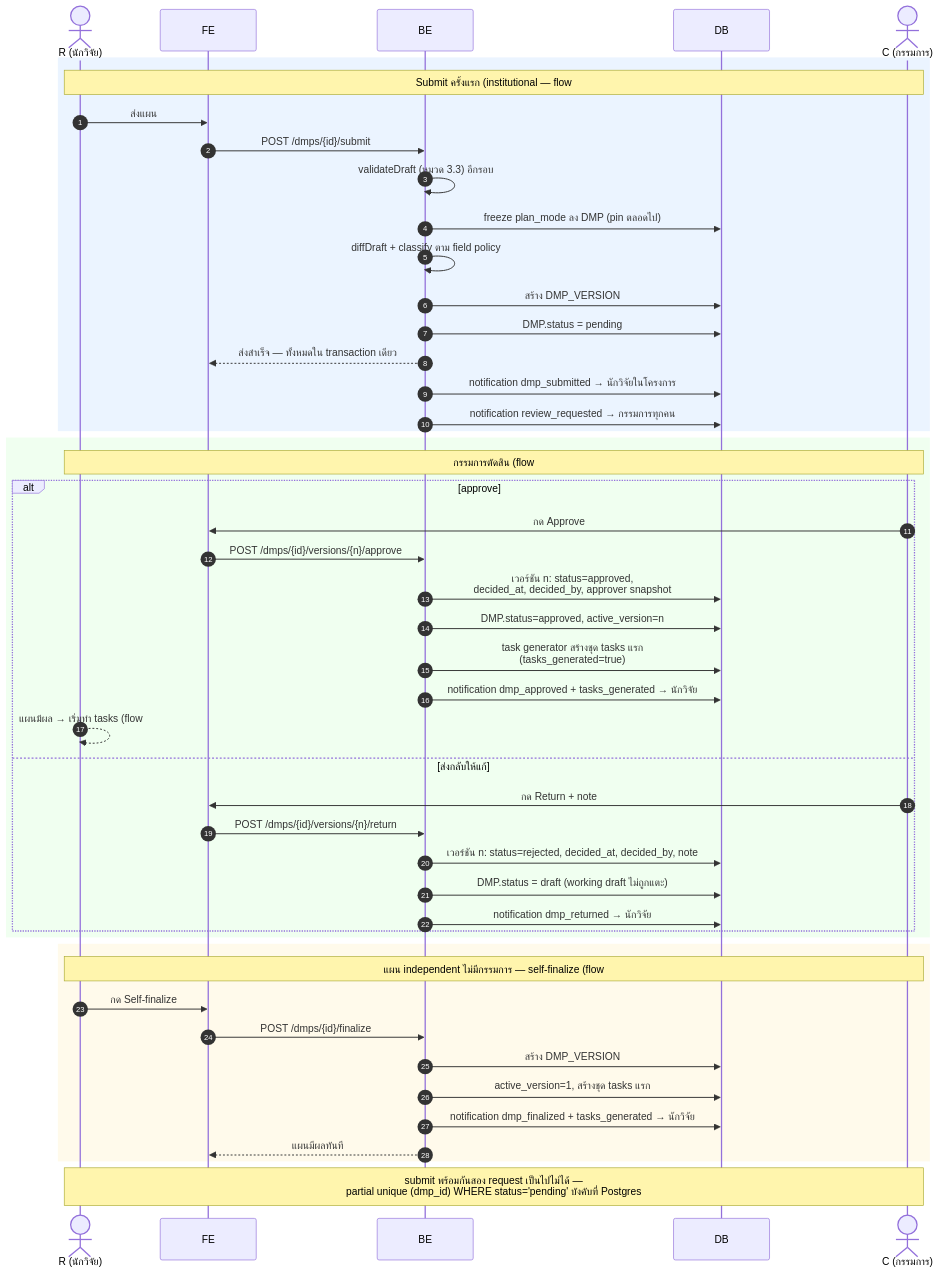
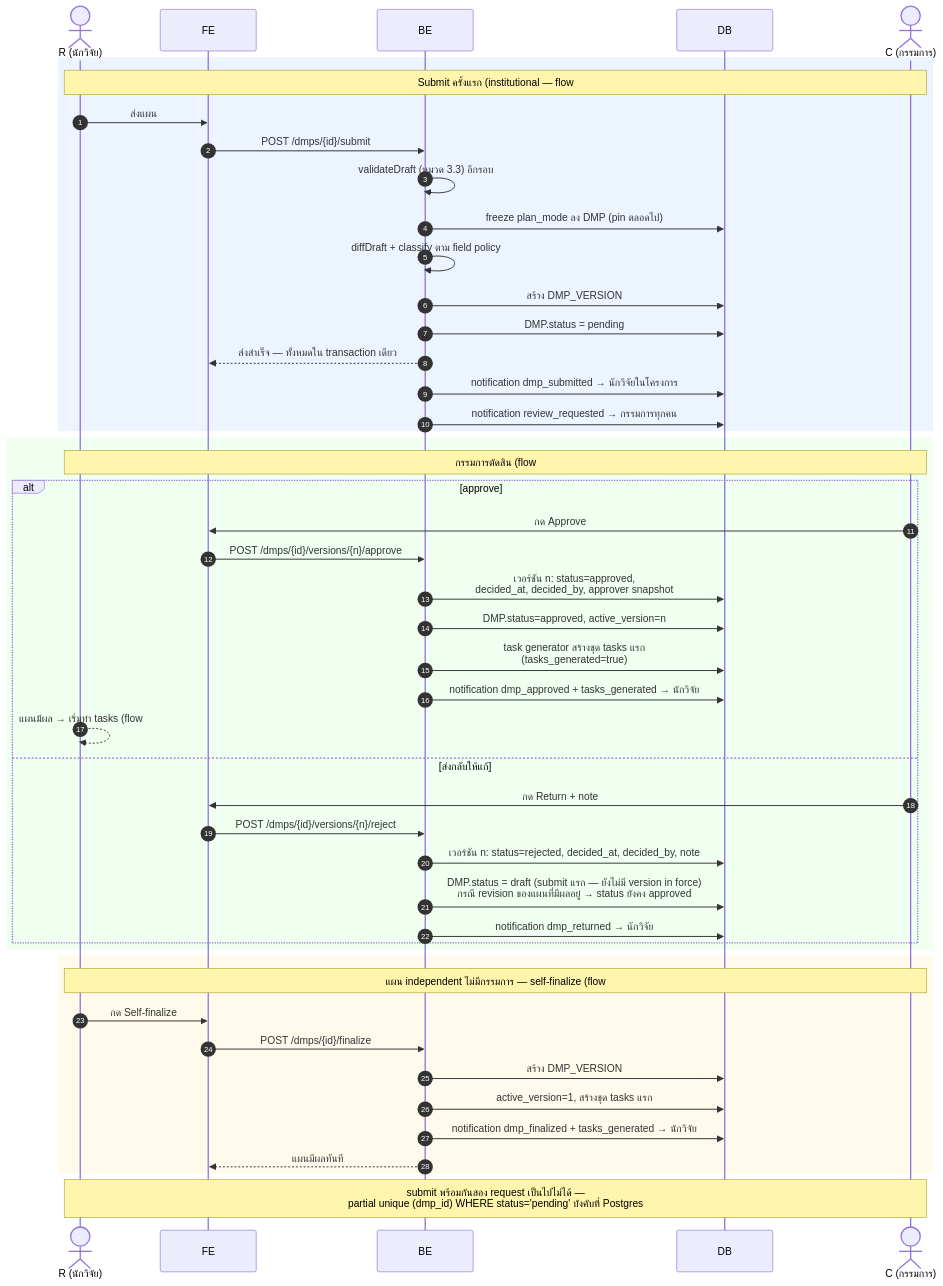
Before and after one commit to Open-Science-and-Data-management/Backend: the first of 4 diagrams in docs/architecture/arc42.md, drawn with Mermaid. The commit also changed other lines of this file and 26 other files, not shown here.

````diff
--- a/docs/architecture/arc42.md
+++ b/docs/architecture/arc42.md
@@ -351,54 +354,54 @@
 ```mermaid
 sequenceDiagram
     autonumber
     actor R as R (นักวิจัย)
     participant FE as FE
     participant BE as BE
     participant DB as DB
     actor C as C (กรรมการ)
 
     rect rgb(235, 244, 255)
     Note over R,C: Submit ครั้งแรก (institutional — flow #5)
     R->>FE: ส่งแผน
     FE->>BE: POST /dmps/{id}/submit
     BE->>BE: validateDraft (หมวด 3.3) อีกรอบ
     BE->>DB: freeze plan_mode ลง DMP (pin ตลอดไป)
     BE->>BE: diffDraft + classify ตาม field policy
     BE->>DB: สร้าง DMP_VERSION #1 (pending,<br/>snapshot ณ ตอน submit, ไม่มี based_on)
     BE->>DB: DMP.status = pending
     BE-->>FE: ส่งสำเร็จ — ทั้งหมดใน transaction เดียว
     BE->>DB: notification dmp_submitted → นักวิจัยในโครงการ
     BE->>DB: notification review_requested → กรรมการทุกคน
     end
 
     rect rgb(240, 255, 240)
     Note over R,C: กรรมการตัดสิน (flow #6) — ใครก็ได้คนเดียวพอ
     alt approve
         C->>FE: กด Approve
         FE->>BE: POST /dmps/{id}/versions/{n}/approve
         BE->>DB: เวอร์ชัน n: status=approved,<br/>decided_at, decided_by, approver snapshot
         BE->>DB: DMP.status=approved, active_version=n
         BE->>DB: task generator สร้างชุด tasks แรก<br/>(tasks_generated=true)
         BE->>DB: notification dmp_approved + tasks_generated → นักวิจัย
         R-->>R: แผนมีผล → เริ่มทำ tasks (flow #12)
     else ส่งกลับให้แก้
         C->>FE: กด Return + note
-        FE->>BE: POST /dmps/{id}/versions/{n}/return
+        FE->>BE: POST /dmps/{id}/versions/{n}/reject
         BE->>DB: เวอร์ชัน n: status=rejected, decided_at, decided_by, note
-        BE->>DB: DMP.status = draft (working draft ไม่ถูกแตะ)
+        BE->>DB: DMP.status = draft (submit แรก — ยังไม่มี version in force)<br/>กรณี revision ของแผนที่มีผลอยู่ → status ยังคง approved
         BE->>DB: notification dmp_returned → นักวิจัย
     end
     end
 
     rect rgb(255, 250, 235)
     Note over R,C: แผน independent ไม่มีกรรมการ — self-finalize (flow #7)
     R->>FE: กด Self-finalize
     FE->>BE: POST /dmps/{id}/finalize
     BE->>DB: สร้าง DMP_VERSION #1 (approved ทันที, decided_by=R)
     BE->>DB: active_version=1, สร้างชุด tasks แรก
     BE->>DB: notification dmp_finalized + tasks_generated → นักวิจัย
     BE-->>FE: แผนมีผลทันที
     end
 
     Note over R,C: submit พร้อมกันสอง request เป็นไปไม่ได้ —<br/>partial unique (dmp_id) WHERE status='pending' บังคับที่ Postgres
 ```
````
